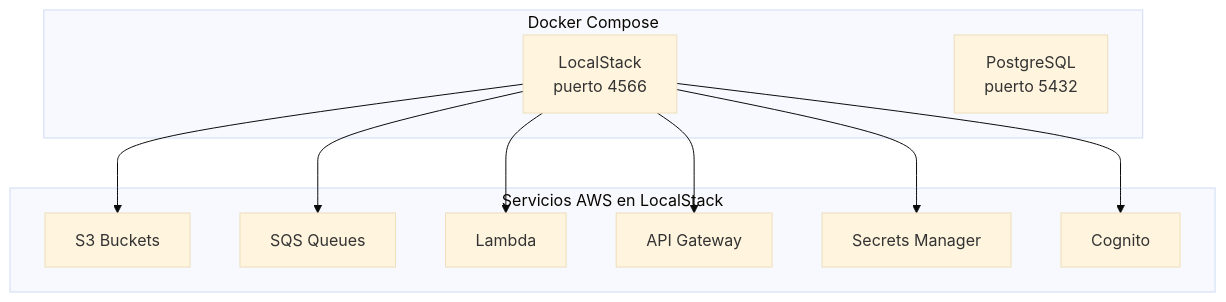
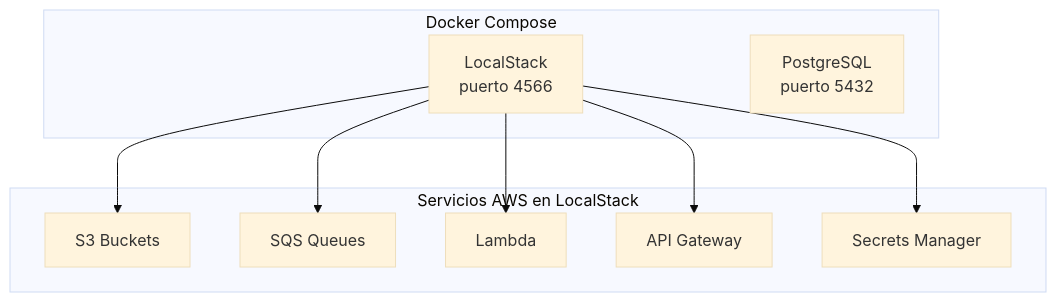
One commit to ManuLasker/enyoi_java_slides changed the diagram in lab_1_docker_localstack/docs/intro.md. Above: the diagram before and after it, drawn with Mermaid (base theme). The commit also changed other lines of this file and 9 other files, not shown here.

````diff
--- a/lab_1_docker_localstack/docs/intro.md
+++ b/lab_1_docker_localstack/docs/intro.md
@@ -25,23 +25,21 @@
 ```mermaid
 graph TB
     subgraph Docker Compose
         LS["LocalStack<br/>puerto 4566"]
         PG["PostgreSQL<br/>puerto 5432"]
     end
     
     subgraph Servicios AWS en LocalStack
         S3[S3 Buckets]
         SQS[SQS Queues]
         LAM[Lambda]
         API[API Gateway]
         SEC[Secrets Manager]
-        COG[Cognito]
     end
     
     LS --> S3
     LS --> SQS
     LS --> LAM
     LS --> API
     LS --> SEC
-    LS --> COG
 ```
````
